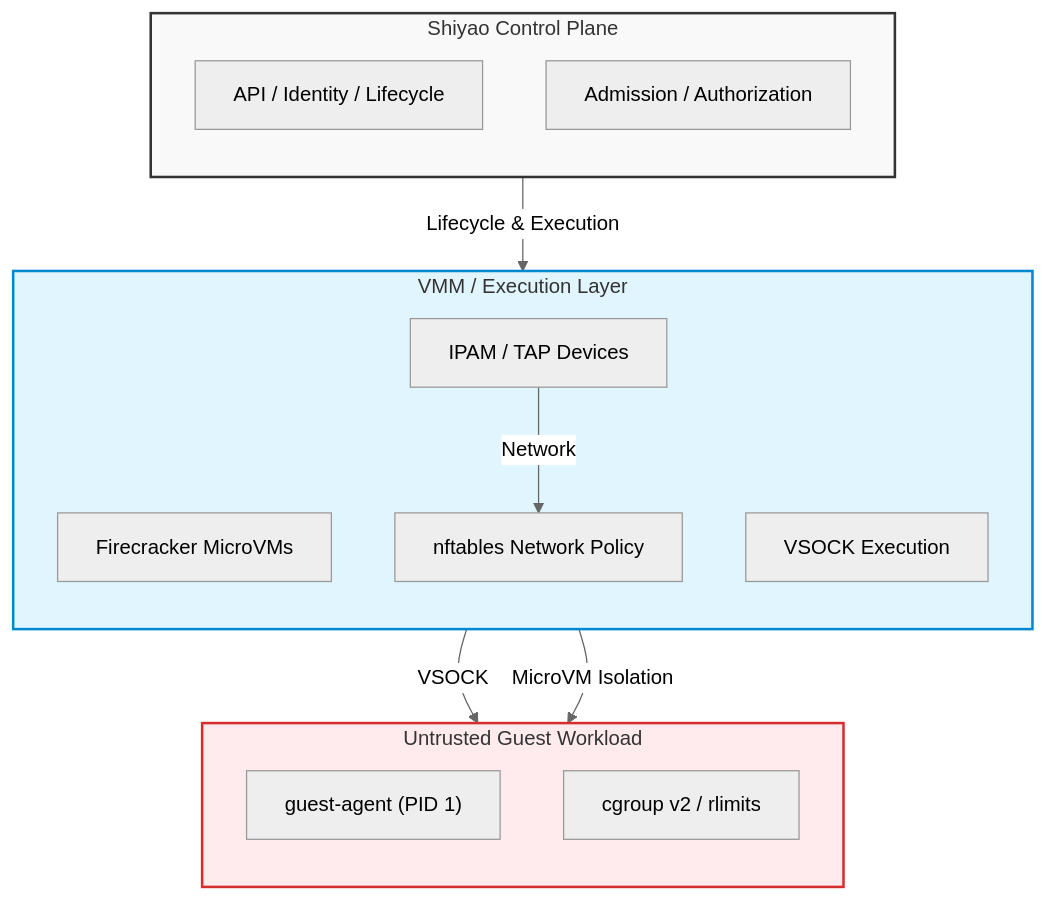
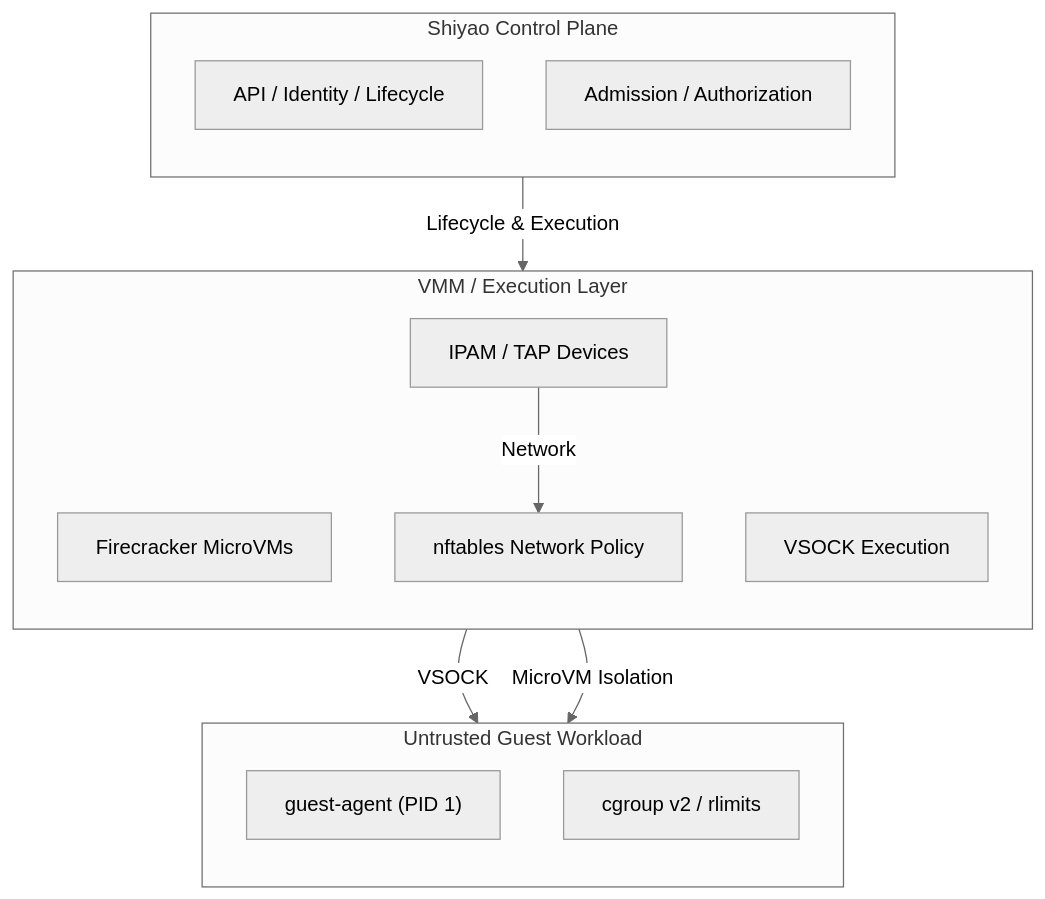
One commit to coffeyvidzro/shiyao changed the diagram in docs/architecture.md. Above: the diagram before and after it, drawn with Mermaid (neutral theme).

Commit message:
docs: simplify Mermaid diagram styling

````diff
--- a/docs/architecture.md
+++ b/docs/architecture.md
@@ -7,35 +7,27 @@
 ```mermaid
 graph TD
     subgraph ControlPlane["Shiyao Control Plane"]
         direction TB
         CP1["API / Identity / Lifecycle"]
         CP2["Admission / Authorization"]
     end
 
     subgraph VMM["VMM / Execution Layer"]
         direction TB
         V1["Firecracker MicroVMs"]
         V2["IPAM / TAP Devices"]
         V3["nftables Network Policy"]
         V4["VSOCK Execution"]
     end
 
     subgraph Guest["Untrusted Guest Workload"]
         direction TB
         G1["guest-agent (PID 1)"]
         G2["cgroup v2 / rlimits"]
     end
 
     ControlPlane -->|"Lifecycle & Execution"| VMM
     VMM -->|"MicroVM Isolation"| Guest
     V4 -->|"VSOCK"| G1
     V2 -->|"Network"| V3
-
-    classDef plane fill:#f9f9f9,stroke:#333,stroke-width:2px;
-    classDef vmm fill:#e1f5fe,stroke:#0288d1,stroke-width:2px;
-    classDef guest fill:#ffebee,stroke:#d32f2f,stroke-width:2px;
-
-    class ControlPlane plane;
-    class VMM vmm;
-    class Guest guest;
 ```
````
